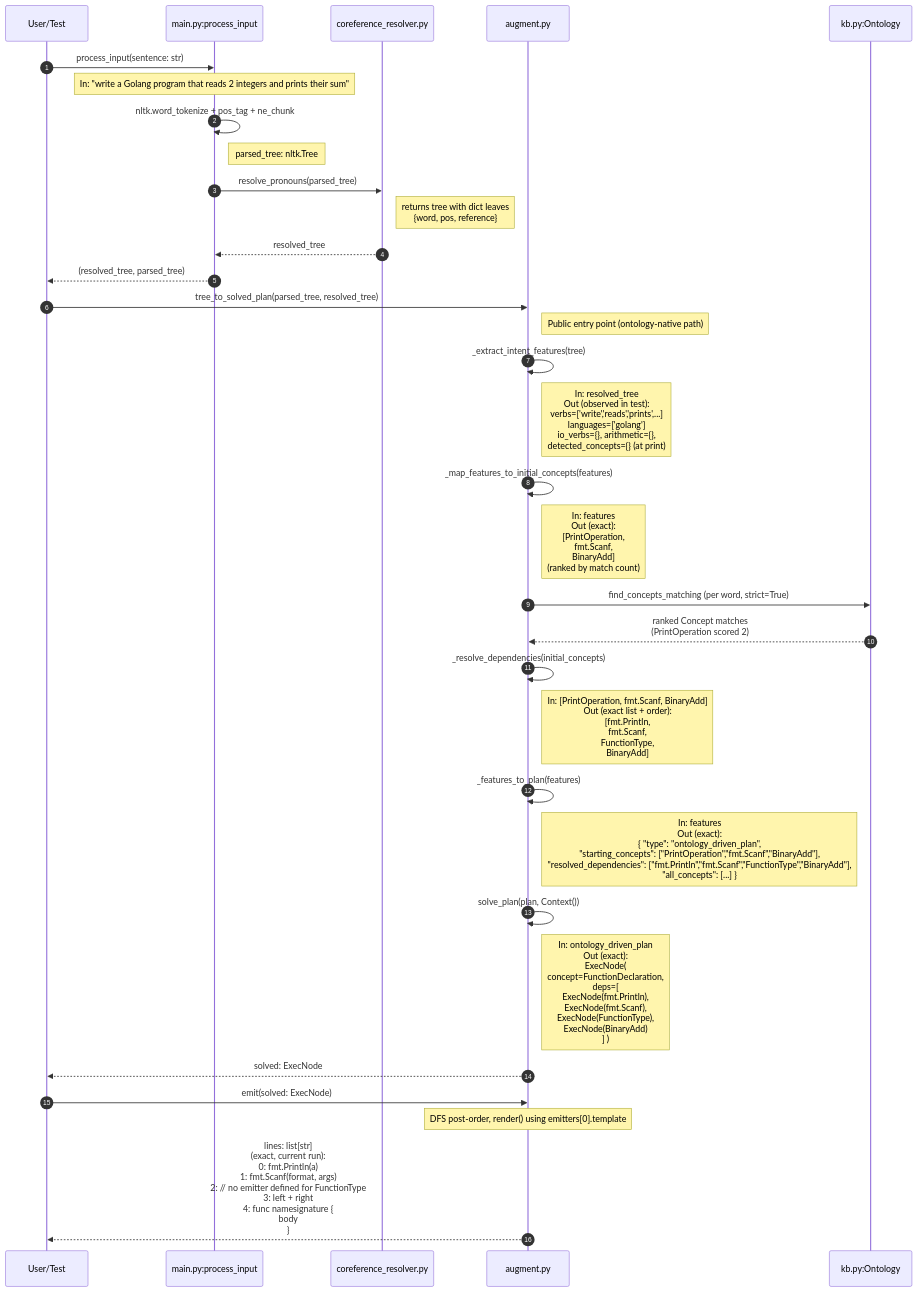
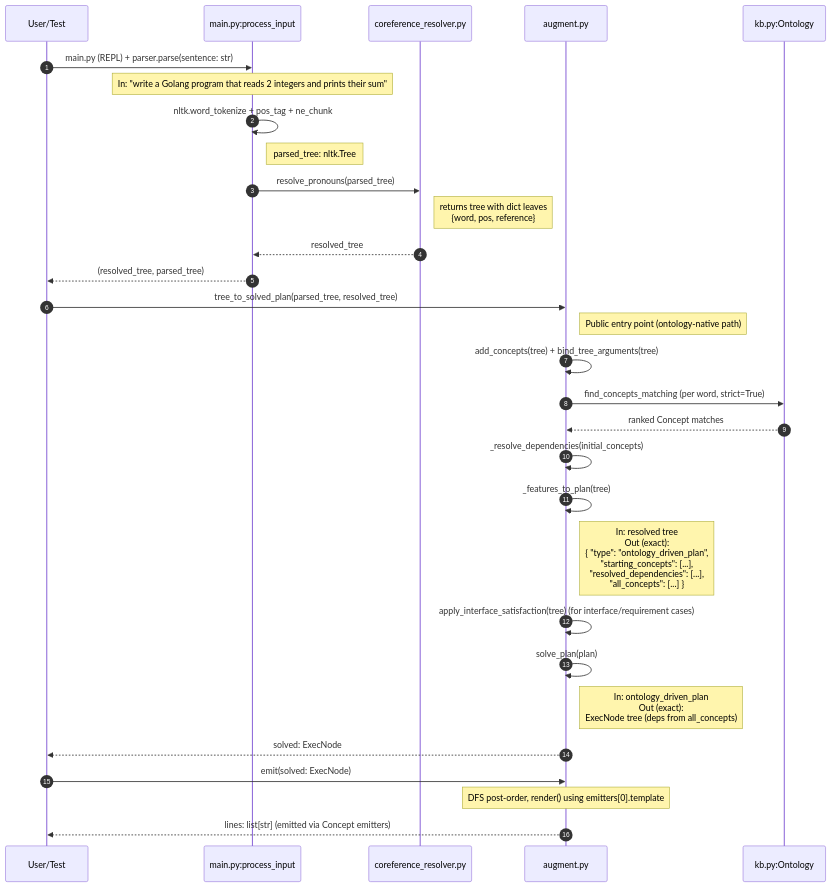
One commit to blmayer/brain changed the second of 2 diagrams in README.md. Above: the diagram before and after it, drawn with Mermaid. The commit also changed other lines of this file and 182 other files, not shown here.

````diff
--- a/README.md
+++ b/README.md
@@ -48,39 +46,36 @@
 ```mermaid
 sequenceDiagram
     autonumber
     participant U as User/Test
     participant M as main.py:process_input
     participant C as coreference_resolver.py
     participant A as augment.py
     participant K as kb.py:Ontology
 
-    U->>M: process_input(sentence: str)
+    U->>M: main.py (REPL) + parser.parse(sentence: str)
     Note over M: In: "write a Golang program that reads 2 integers and prints their sum"
     M->>M: nltk.word_tokenize + pos_tag + ne_chunk
     Note right of M: parsed_tree: nltk.Tree
     M->>C: resolve_pronouns(parsed_tree)
     Note right of C: returns tree with dict leaves<br/>{word, pos, reference}
     C-->>M: resolved_tree
     M-->>U: (resolved_tree, parsed_tree)
 
     U->>A: tree_to_solved_plan(parsed_tree, resolved_tree)
     Note right of A: Public entry point (ontology-native path)
 
-    A->>A: _extract_intent_features(tree)
-    Note right of A: In: resolved_tree<br/>Out (observed in test):<br/>  verbs=['write','reads','prints',...]<br/>  languages=['golang']<br/>  io_verbs={}, arithmetic={},<br/>  detected_concepts={}   (at print)
-    A->>A: _map_features_to_initial_concepts(features)
-    Note right of A: In: features<br/>Out (exact):<br/>  [PrintOperation,<br/>   fmt.Scanf,<br/>   BinaryAdd]<br/>(ranked by match count)
+    A->>A: add_concepts(tree) + bind_tree_arguments(tree)
     A->>K: find_concepts_matching (per word, strict=True)
-    K-->>A: ranked Concept matches<br/>(PrintOperation scored 2)
+    K-->>A: ranked Concept matches
     A->>A: _resolve_dependencies(initial_concepts)
-    Note right of A: In: [PrintOperation, fmt.Scanf, BinaryAdd]<br/>Out (exact list + order):<br/>  [fmt.Println,<br/>   fmt.Scanf,<br/>   FunctionType,<br/>   BinaryAdd]
-    A->>A: _features_to_plan(features)
-    Note right of A: In: features<br/>Out (exact):<br/>  { "type": "ontology_driven_plan",<br/>    "starting_concepts": ["PrintOperation","fmt.Scanf","BinaryAdd"],<br/>    "resolved_dependencies": ["fmt.Println","fmt.Scanf","FunctionType","BinaryAdd"],<br/>    "all_concepts": [...] }
-    A->>A: solve_plan(plan, Context())
-    Note right of A: In: ontology_driven_plan<br/>Out (exact):<br/>  ExecNode(<br/>    concept=FunctionDeclaration,<br/>    deps=[<br/>      ExecNode(fmt.Println),<br/>      ExecNode(fmt.Scanf),<br/>      ExecNode(FunctionType),<br/>      ExecNode(BinaryAdd)<br/>    ] )
+    A->>A: _features_to_plan(tree)
+    Note right of A: In: resolved tree<br/>Out (exact):<br/>  { "type": "ontology_driven_plan",<br/>    "starting_concepts": [...],<br/>    "resolved_dependencies": [...],<br/>    "all_concepts": [...] }
+    A->>A: apply_interface_satisfaction(tree)  (for interface/requirement cases)
+    A->>A: solve_plan(plan)
+    Note right of A: In: ontology_driven_plan<br/>Out (exact):<br/>  ExecNode tree (deps from all_concepts)
     A-->>U: solved: ExecNode
 
     U->>A: emit(solved: ExecNode)
     Note over A: DFS post-order, render() using emitters[0].template
-    A-->>U: lines: list[str]<br/>(exact, current run):<br/>  0: fmt.Println(a)<br/>  1: fmt.Scanf(format, args)<br/>  2: // no emitter defined for FunctionType<br/>  3: left + right<br/>  4: func namesignature {<br/>body<br/>}
+    A-->>U: lines: list[str] (emitted via Concept emitters)
 ```
````
